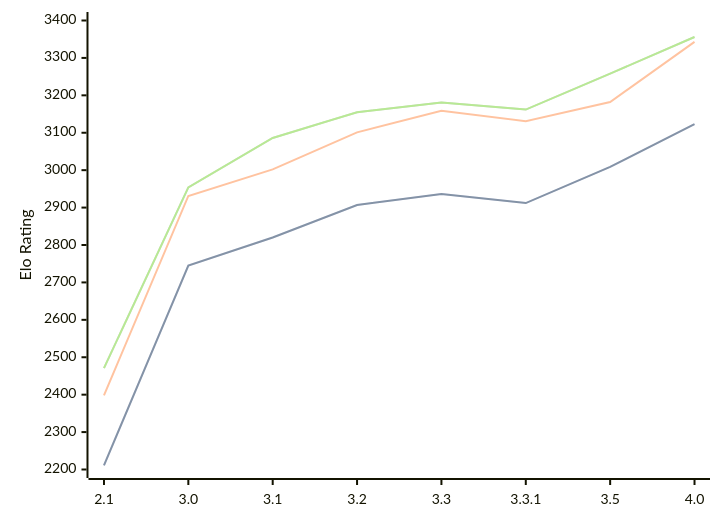
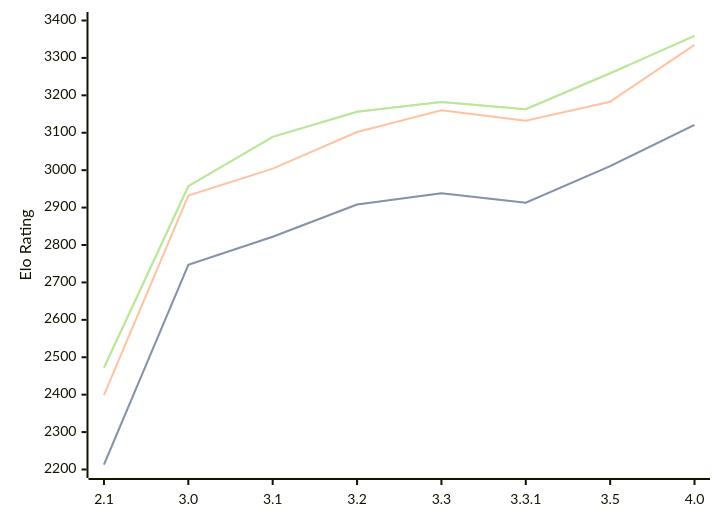
The diagram in engines/Petrel.md (computer-chess-index/cci), drawn with Mermaid before and after one commit. The commit also changed other lines of this file, not shown here.

Commit message:
Update CCI Ratings (ELO VLTC) - 2026-08-09

````diff
--- a/engines/Petrel.md
+++ b/engines/Petrel.md
@@ -38,11 +38,11 @@
 ```mermaid
 %%{init: {"theme":"base","themeVariables":{"seriesColors:['#a3a3a3','#222221','#faa371']}}}%%
 xychart-beta
   x-axis ["2.1", "3.0", "3.1", "3.2", "3.3", "3.3.1", "3.5", "4.0"]
   y-axis "Elo Rating" 2200 --> 3400
-  line "STC (8.0+0.08s)" [2211, 2745, 2820, 2907, 2936, 2912, 3009, 3123]
-  line "STC (8.0+0.08s)" [2211, 2745, 2820, 2907, 2936, 2912, 3009, 3123]
-  line "LTC (60.0+0.60s)" [2398, 2931, 3002, 3101, 3159, 3131, 3182, 3343]
-  line "VLTC (2m24s+1.12s)" [2471, 2954, 3086, 3155, 3181, 3162, 3258, 3356]
-  line "VLTC (2m24s+1.12s)" [2471, 2954, 3086, 3155, 3181, 3162, 3258, 3356]
+  line "STC (8.0+0.08s)" [2213, 2747, 2822, 2908, 2938, 2913, 3011, 3121]
+  line "STC (8.0+0.08s)" [2213, 2747, 2822, 2908, 2938, 2913, 3011, 3121]
+  line "LTC (60.0+0.60s)" [2399, 2932, 3004, 3102, 3160, 3132, 3183, 3335]
+  line "VLTC (2m24s+1.12s)" [2472, 2957, 3089, 3156, 3182, 3163, 3259, 3359]
+  line "VLTC (2m24s+1.12s)" [2472, 2957, 3089, 3156, 3182, 3163, 3259, 3359]
 ```
````
